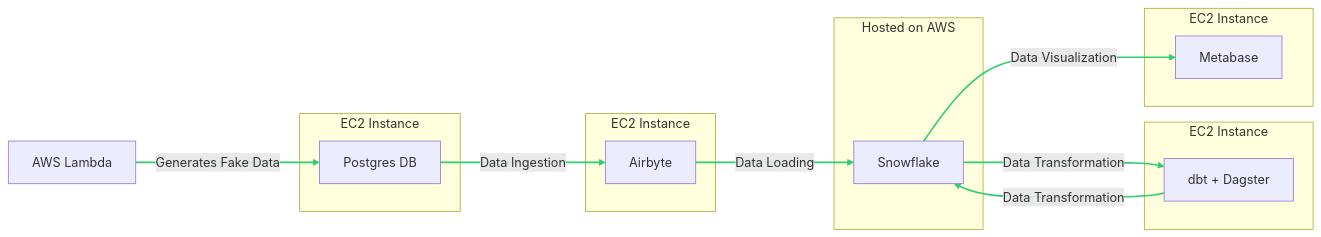
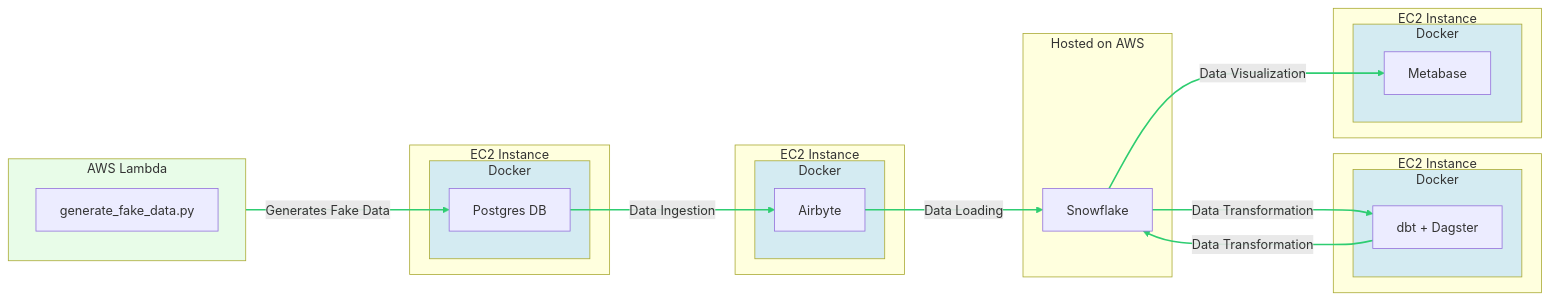
One commit to oresttokovenko/RetailFlow changed the diagram in README.md. Above: the diagram before and after it, drawn with Mermaid. The commit also changed other lines of this file and 19 other files, not shown here.

````diff
--- a/README.md
+++ b/README.md
@@ -9,40 +9,48 @@
 ```mermaid
 graph LR
-  L["AWS Lambda"]
+  subgraph L["AWS Lambda"]
+    style L fill:#e8fce8
+    LA["generate_fake_data.py"]
+  end
   subgraph EC2_1["EC2 Instance"]
-  P["Postgres DB"]
+    subgraph D1["Docker"]
+      style D1 fill:#d4ebf2
+      P["Postgres DB"]
+    end
   end
   subgraph EC2_2["EC2 Instance"]
-  A["Airbyte"]
+    subgraph D2["Docker"]
+      style D2 fill:#d4ebf2
+      A["Airbyte"]
+    end
   end
   subgraph EC2_5["Hosted on AWS"]
-  S["Snowflake"]
+      S["Snowflake"]
   end
   subgraph EC2_3["EC2 Instance"]
-  D["dbt + Dagster"]
+    subgraph D3["Docker"]
+      style D3 fill:#d4ebf2
+      D["dbt +  Dagster"]
+    end
   end
   subgraph EC2_4["EC2 Instance"]
-  M["Metabase"]
+    subgraph D4["Docker"]
+      style D4 fill:#d4ebf2
+      M["Metabase"]
+    end
   end
   L -- "Generates Fake Data" --> P
   P -- "Data Ingestion" --> A
   A -- "Data Loading" --> S
   S -- "Data Transformation" --> D
   D -- "Data Transformation" --> S
   S -- "Data Visualization" --> M
-  linkStyle 0 stroke:#2ecd71,stroke-width:2px;
-  linkStyle 1 stroke:#2ecd71,stroke-width:2px;
-  linkStyle 2 stroke:#2ecd71,stroke-width:2px;
-  linkStyle 3 stroke:#2ecd71,stroke-width:2px;
-  linkStyle 4 stroke:#2ecd71,stroke-width:2px;
-  linkStyle 5 stroke:#2ecd71,stroke-width:2px;
-  linkStyle 0 stroke:#2ecd71,stroke-width:2px;
-  linkStyle 1 stroke:#2ecd71,stroke-width:2px;
-  linkStyle 2 stroke:#2ecd71,stroke-width:2px;
-  linkStyle 3 stroke:#2ecd71,stroke-width:2px;
-  linkStyle 4 stroke:#2ecd71,stroke-width:2px;
-  linkStyle 5 stroke:#2ecd71,stroke-width:2px;
 
 
-
+linkStyle 0 stroke:#2ecd71,stroke-width:2px;
+linkStyle 1 stroke:#2ecd71,stroke-width:2px;
+linkStyle 2 stroke:#2ecd71,stroke-width:2px;
+linkStyle 3 stroke:#2ecd71,stroke-width:2px;
+linkStyle 4 stroke:#2ecd71,stroke-width:2px;
+linkStyle 5 stroke:#2ecd71,stroke-width:2px;
 ```
````
